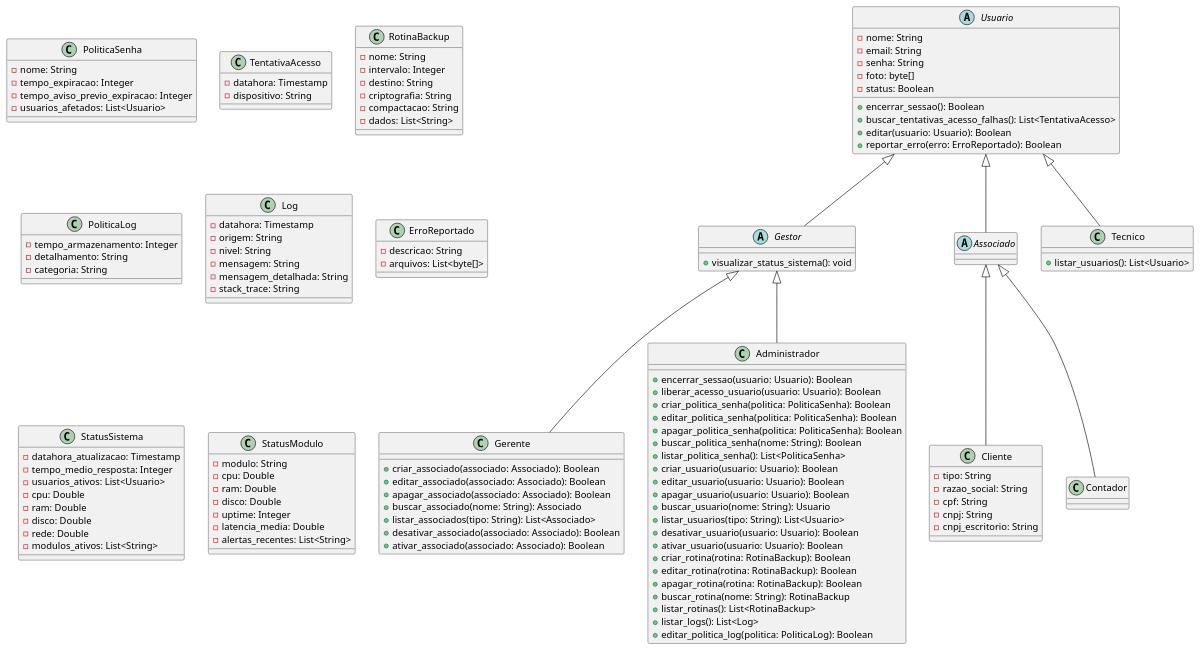
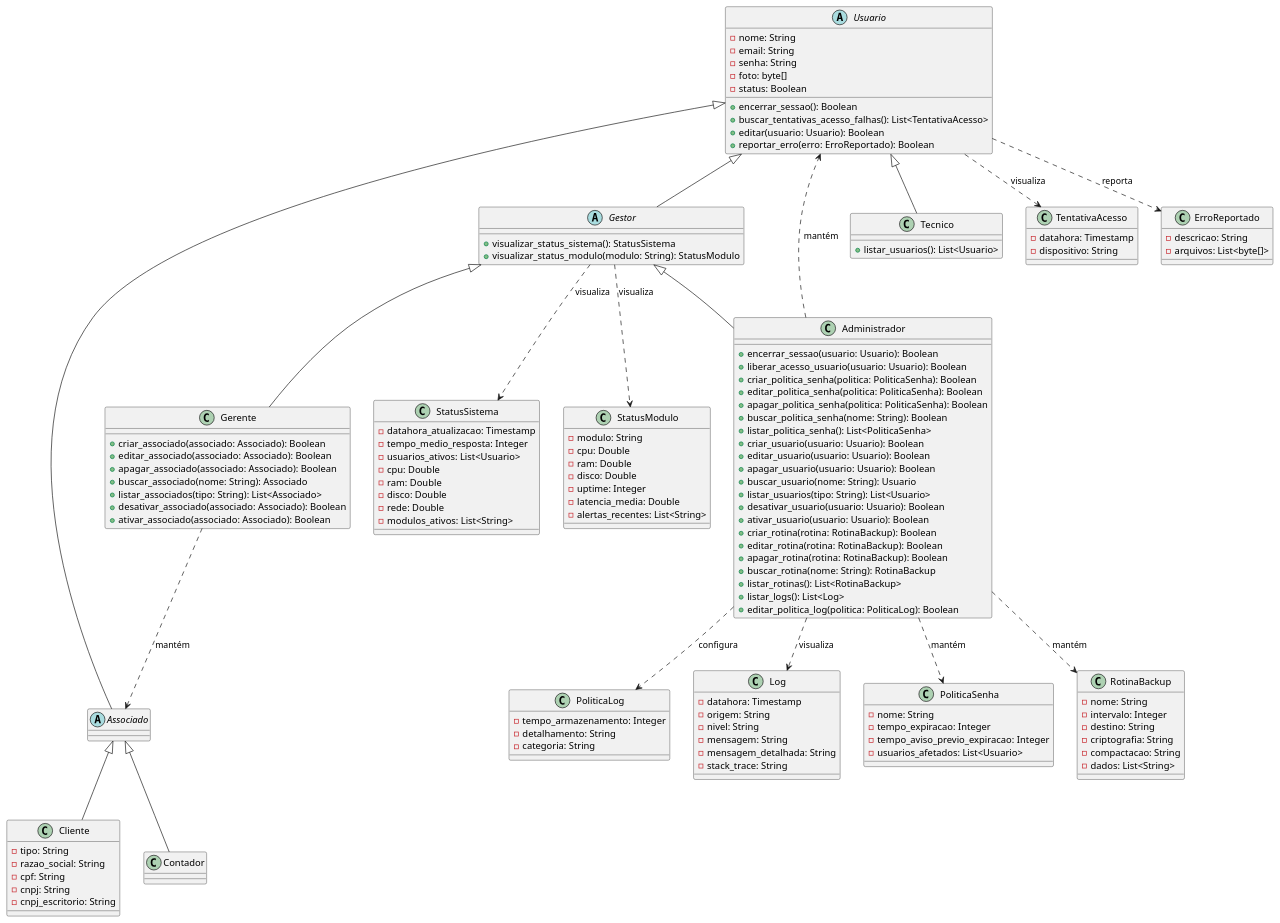
Before and after one commit to araujofs/sst: the diagram in specs/logica/diagrama.puml, drawn with PlantUML. The commit also changed 1 other file, not shown here.

```diff
--- a/specs/logica/diagrama.puml
+++ b/specs/logica/diagrama.puml
@@ -1,137 +1,152 @@
 @startuml classes
 
   abstract Usuario {
     - nome: String
     - email: String
     - senha: String
     - foto: byte[]
     - status: Boolean
     + encerrar_sessao(): Boolean
     ' # autenticar(email: String, senha: String): Boolean
     + buscar_tentativas_acesso_falhas(): List<TentativaAcesso>
     + editar(usuario: Usuario): Boolean
     + reportar_erro(erro: ErroReportado): Boolean
     }
 
   abstract Gestor extends Usuario {
-    + visualizar_status_sistema(): void
+    + visualizar_status_sistema(): StatusSistema
+    + visualizar_status_modulo(modulo: String): StatusModulo
   }
 
   abstract Associado extends Usuario {}
 
   class Gerente extends Gestor {
     + criar_associado(associado: Associado): Boolean
     + editar_associado(associado: Associado): Boolean
     + apagar_associado(associado: Associado): Boolean
     + buscar_associado(nome: String): Associado
     + listar_associados(tipo: String): List<Associado>
     + desativar_associado(associado: Associado): Boolean
     + ativar_associado(associado: Associado): Boolean
   }
 
   class Cliente extends Associado {
     - tipo: String
     - razao_social: String
     - cpf: String
     - cnpj: String
     - cnpj_escritorio: String
   }
 
   class Contador extends Associado {}
 
   class Administrador extends Gestor {
     + encerrar_sessao(usuario: Usuario): Boolean
     + liberar_acesso_usuario(usuario: Usuario): Boolean 
     + criar_politica_senha(politica: PoliticaSenha): Boolean
     + editar_politica_senha(politica: PoliticaSenha): Boolean
     + apagar_politica_senha(politica: PoliticaSenha): Boolean
     + buscar_politica_senha(nome: String): Boolean
     + listar_politica_senha(): List<PoliticaSenha>
     + criar_usuario(usuario: Usuario): Boolean
     + editar_usuario(usuario: Usuario): Boolean
     + apagar_usuario(usuario: Usuario): Boolean
     + buscar_usuario(nome: String): Usuario
     + listar_usuarios(tipo: String): List<Usuario>
     + desativar_usuario(usuario: Usuario): Boolean
     + ativar_usuario(usuario: Usuario): Boolean
     + criar_rotina(rotina: RotinaBackup): Boolean
     + editar_rotina(rotina: RotinaBackup): Boolean
     + apagar_rotina(rotina: RotinaBackup): Boolean
     + buscar_rotina(nome: String): RotinaBackup
     + listar_rotinas(): List<RotinaBackup>
     + listar_logs(): List<Log>
     + editar_politica_log(politica: PoliticaLog): Boolean
   }
 
   class Tecnico extends Usuario {
     + listar_usuarios(): List<Usuario>
   }
 
   class Cliente {}
 
 
   class PoliticaSenha {
     - nome: String
     - tempo_expiracao: Integer
     - tempo_aviso_previo_expiracao: Integer
     - usuarios_afetados: List<Usuario>
     ' + notificar_expiracao(): void
   }
 
   class TentativaAcesso {
     - datahora: Timestamp
     - dispositivo: String
   }
 
   class RotinaBackup {
     - nome: String
     - intervalo: Integer
     - destino: String
     - criptografia: String
     - compactacao: String
     - dados: List<String>
   }
 
   ' so existe uma
   class PoliticaLog {
     - tempo_armazenamento: Integer
     - detalhamento: String
     - categoria: String
   }
 
   class Log {
     - datahora: Timestamp
     - origem: String
     - nivel: String
     - mensagem: String
     - mensagem_detalhada: String
     - stack_trace: String
   }
 
   class ErroReportado {
     - descricao: String
     - arquivos: List<byte[]>
   }
 
   class StatusSistema {
     - datahora_atualizacao: Timestamp
     - tempo_medio_resposta: Integer
     - usuarios_ativos: List<Usuario>
     - cpu: Double
     - ram: Double
     - disco: Double
     - rede: Double
     - modulos_ativos: List<String>
   }
 
   class StatusModulo {
     - modulo: String
     - cpu: Double
     - ram: Double
     - disco: Double
     - uptime: Integer
     - latencia_media: Double
     - alertas_recentes: List<String>
   }
 
+  Administrador ..> Usuario : "mantém"
+  Administrador ..> PoliticaLog : "configura"
+  Administrador ..> PoliticaSenha : "mantém"
+  Administrador ..> RotinaBackup : "mantém"
+  Administrador ..> Log : "visualiza"
+
+  Gerente ..> Associado : "mantém"
+
+  Gestor ..> StatusModulo : "visualiza"
+  Gestor ..> StatusSistema : "visualiza"
+
+  Usuario ..> TentativaAcesso : "visualiza"
+  Usuario ..> ErroReportado : "reporta"
+
 @enduml
```
